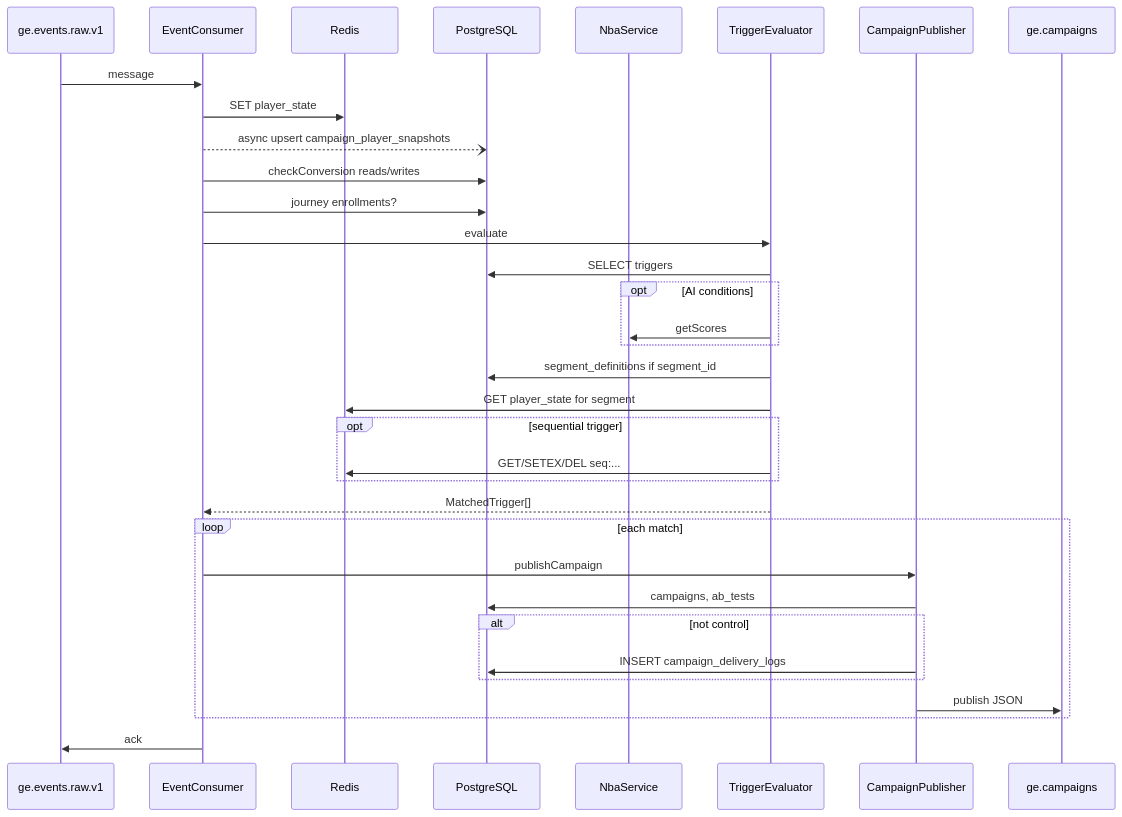
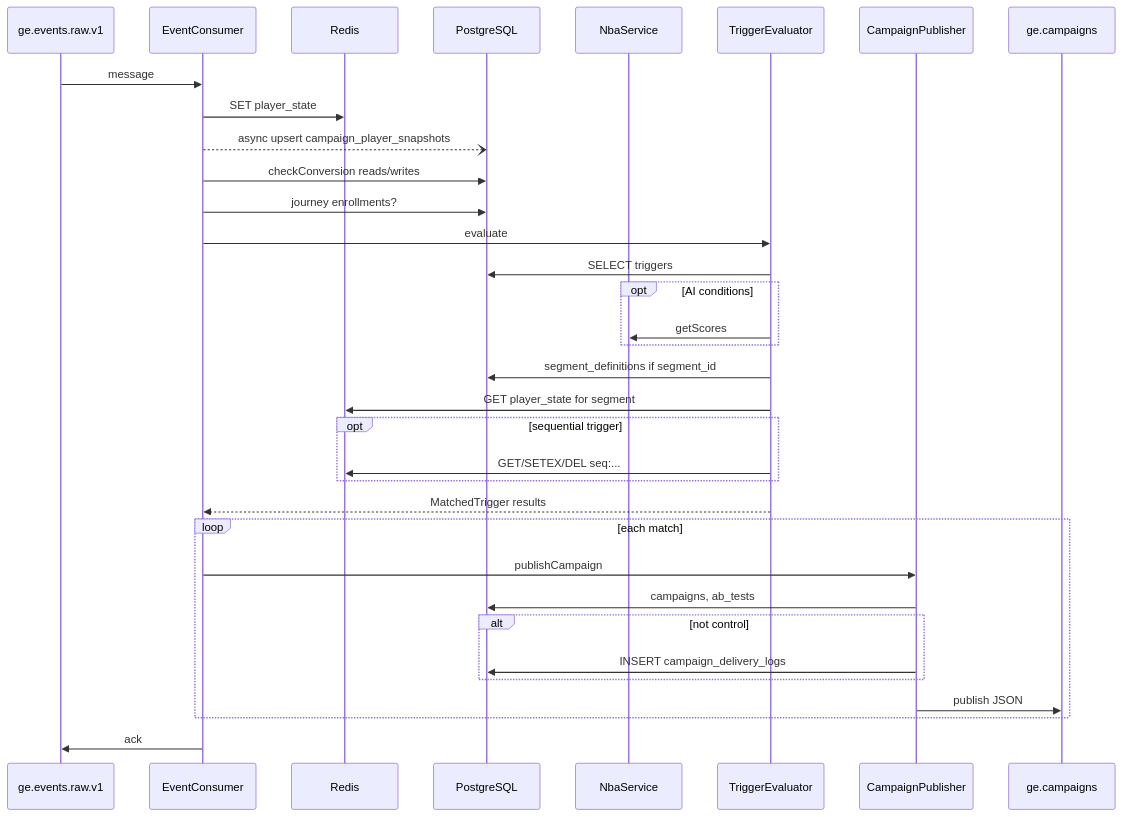
One commit to rishirathoregammasweep/flows.md changed the third of 3 diagrams in triggers.md. Above: the diagram before and after it, drawn with Mermaid. The commit also changed other lines of this file, not shown here.

````diff
--- a/triggers.md
+++ b/triggers.md
@@ -244,37 +244,37 @@
 ```mermaid
 sequenceDiagram
   participant Q as ge.events.raw.v1
   participant EC as EventConsumer
   participant R as Redis
   participant PG as PostgreSQL
   participant NBA as NbaService
   participant TE as TriggerEvaluator
   participant CP as CampaignPublisher
   participant OUT as ge.campaigns
 
   Q->>EC: message
   EC->>R: SET player_state
   EC--)PG: async upsert campaign_player_snapshots
   EC->>PG: checkConversion reads/writes
   EC->>PG: journey enrollments?
   EC->>TE: evaluate
   TE->>PG: SELECT triggers
   opt AI conditions
     TE->>NBA: getScores
   end
   TE->>PG: segment_definitions if segment_id
   TE->>R: GET player_state for segment
   opt sequential trigger
     TE->>R: GET/SETEX/DEL seq:...
   end
-  TE-->>EC: MatchedTrigger[]
+  TE-->>EC: MatchedTrigger results
   loop each match
     EC->>CP: publishCampaign
     CP->>PG: campaigns, ab_tests
     alt not control
       CP->>PG: INSERT campaign_delivery_logs
     end
     CP->>OUT: publish JSON
   end
   EC->>Q: ack
 ```
````
